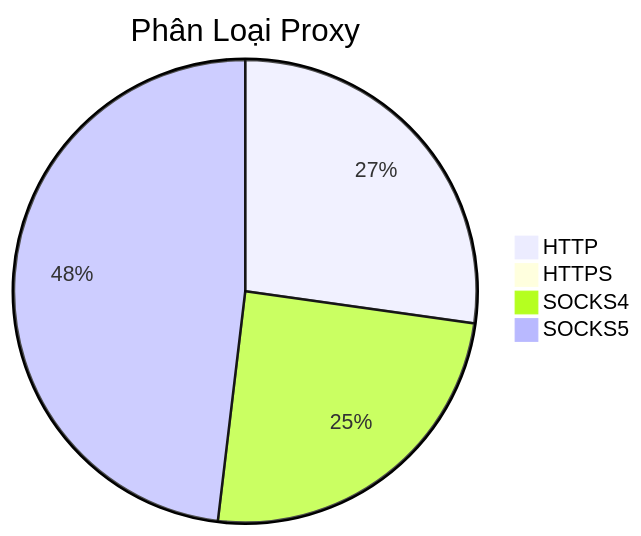
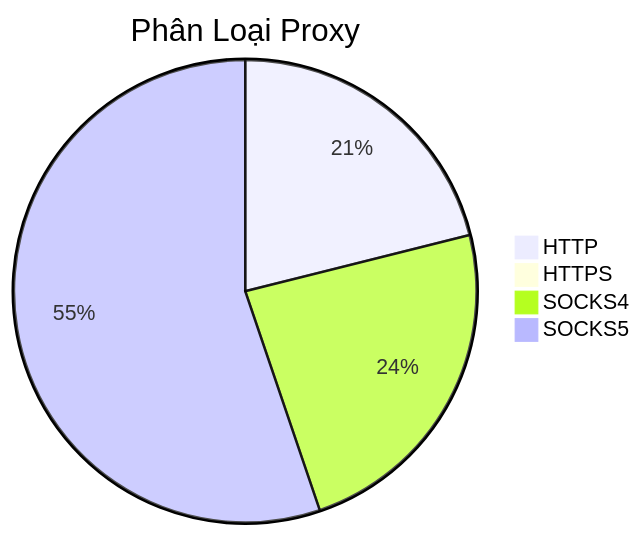
The diagram in README.md (Ciara-12/PROXY-free), drawn with Mermaid before and after one commit. The commit also changed other lines of this file and 3 other files, not shown here.

````diff
--- a/README.md
+++ b/README.md
@@ -26,7 +26,7 @@
 ```mermaid
 pie title Phân Loại Proxy
-    "HTTP" : 288
+    "HTTP" : 293
     "HTTPS" : 2
-    "SOCKS4" : 261
-    "SOCKS5" : 509
+    "SOCKS4" : 329
+    "SOCKS5" : 767
 ```
````
